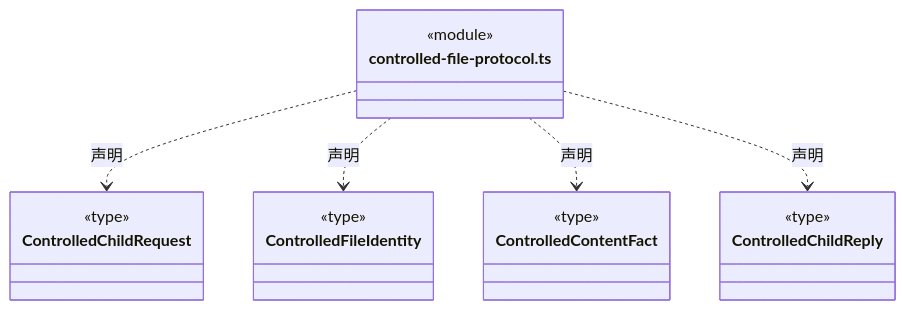
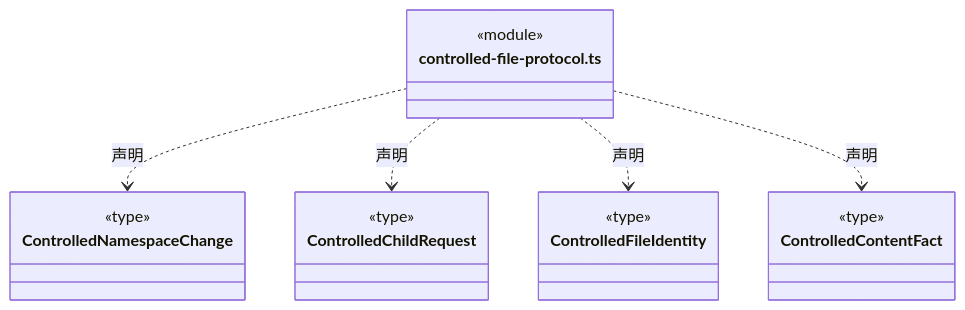
The fifth of 20 diagrams in src/backend/main/platform/ARCHITECTURE.md (nan023062/cbim), drawn with Mermaid before and after one commit. The commit also changed other lines of this file and 62 other files, not shown here.

````diff
--- a/src/backend/main/platform/ARCHITECTURE.md
+++ b/src/backend/main/platform/ARCHITECTURE.md
@@ -92,26 +92,26 @@
 ```mermaid
 classDiagram
 class N_src_backend_main_platform_controlled_file_protocol_ts["controlled-file-protocol.ts"] {
   <<module>>
 }
+class N_src_backend_main_platform_controlled_file_protocol_ts_ControlledNamespaceChange["ControlledNamespaceChange"] {
+  <<type>>
+
+}
+N_src_backend_main_platform_controlled_file_protocol_ts ..> N_src_backend_main_platform_controlled_file_protocol_ts_ControlledNamespaceChange : 声明
 class N_src_backend_main_platform_controlled_file_protocol_ts_ControlledChildRequest["ControlledChildRequest"] {
   <<type>>
 
 }
 N_src_backend_main_platform_controlled_file_protocol_ts ..> N_src_backend_main_platform_controlled_file_protocol_ts_ControlledChildRequest : 声明
 class N_src_backend_main_platform_controlled_file_protocol_ts_ControlledFileIdentity["ControlledFileIdentity"] {
   <<type>>
 
 }
 N_src_backend_main_platform_controlled_file_protocol_ts ..> N_src_backend_main_platform_controlled_file_protocol_ts_ControlledFileIdentity : 声明
 class N_src_backend_main_platform_controlled_file_protocol_ts_ControlledContentFact["ControlledContentFact"] {
   <<type>>
 
 }
 N_src_backend_main_platform_controlled_file_protocol_ts ..> N_src_backend_main_platform_controlled_file_protocol_ts_ControlledContentFact : 声明
-class N_src_backend_main_platform_controlled_file_protocol_ts_ControlledChildReply["ControlledChildReply"] {
-  <<type>>
-
-}
-N_src_backend_main_platform_controlled_file_protocol_ts ..> N_src_backend_main_platform_controlled_file_protocol_ts_ControlledChildReply : 声明
 ```
````
